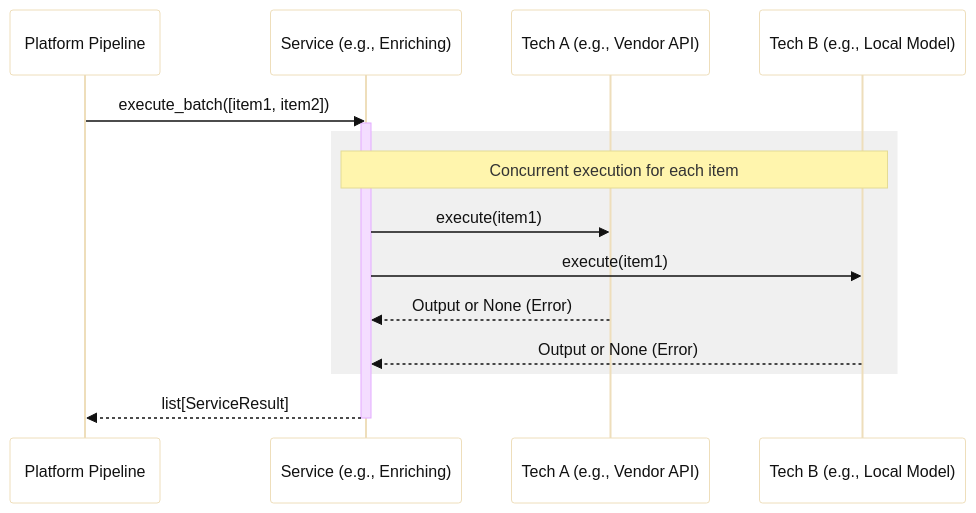
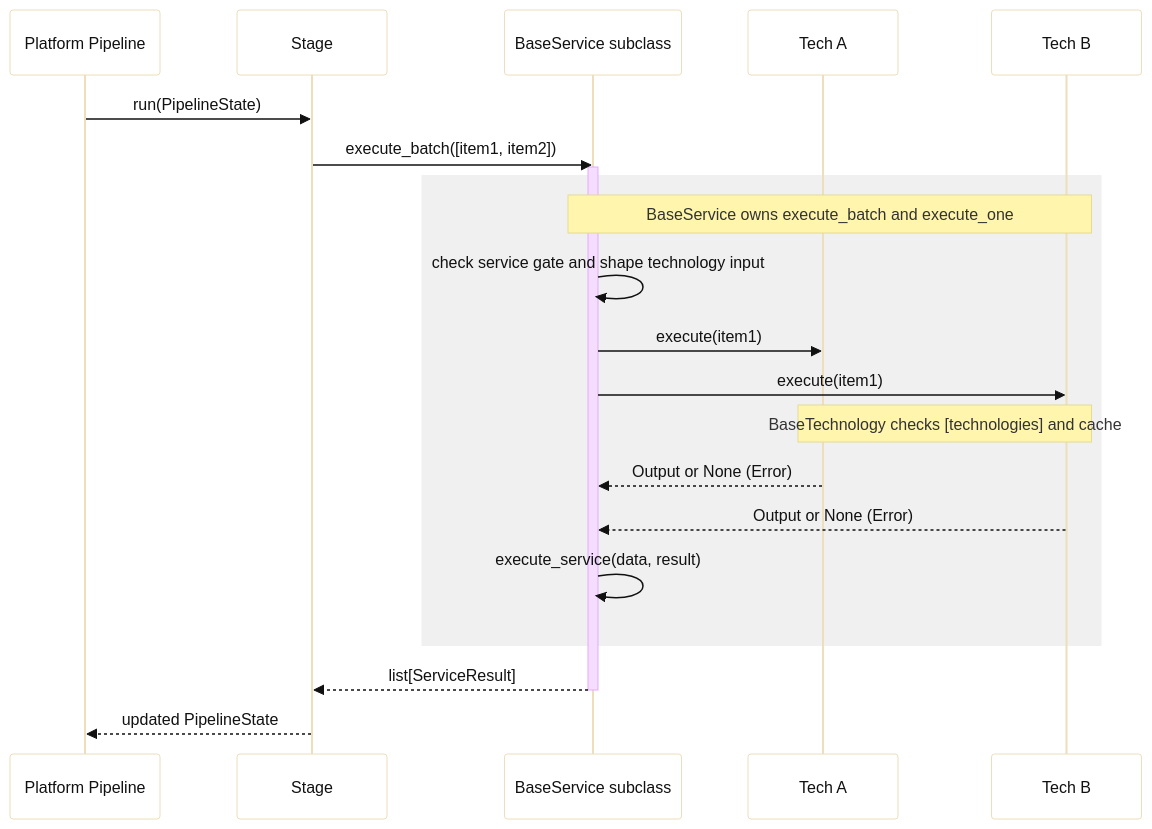
One commit to reshinto/social-research-probe changed the diagram in docs/diagrams/src/add_service_interaction.mmd. Above: the diagram before and after it, drawn with Mermaid. The commit also changed 49 other files, not shown here.

```diff
--- a/docs/diagrams/src/add_service_interaction.mmd
+++ b/docs/diagrams/src/add_service_interaction.mmd
@@ -1,20 +1,26 @@
 %%{init: {"theme":"base","themeVariables":{"background":"#ffffff","mainBkg":"#ffffff","primaryTextColor":"#111111","lineColor":"#333333","fontFamily":"Arial, sans-serif","clusterBkg":"#ffffff","clusterBorder":"#d0d7de"}}}%%
 sequenceDiagram
     participant Pipeline as Platform Pipeline
-    participant Service as Service (e.g., Enriching)
-    participant TechA as Tech A (e.g., Vendor API)
-    participant TechB as Tech B (e.g., Local Model)
+    participant Stage as Stage
+    participant Service as BaseService subclass
+    participant TechA as Tech A
+    participant TechB as Tech B
 
-    Pipeline->>Service: execute_batch([item1, item2])
+    Pipeline->>Stage: run(PipelineState)
+    Stage->>Service: execute_batch([item1, item2])
     activate Service
     
     rect rgb(240, 240, 240)
-        Note over Service, TechB: Concurrent execution for each item
+        Note over Service, TechB: BaseService owns execute_batch and execute_one
+        Service->>Service: check service gate and shape technology input
         Service->>TechA: execute(item1)
         Service->>TechB: execute(item1)
+        Note over TechA, TechB: BaseTechnology checks [technologies] and cache
         TechA-->>Service: Output or None (Error)
         TechB-->>Service: Output or None (Error)
+        Service->>Service: execute_service(data, result)
     end
     
-    Service-->>Pipeline: list[ServiceResult]
+    Service-->>Stage: list[ServiceResult]
     deactivate Service
+    Stage-->>Pipeline: updated PipelineState
```
